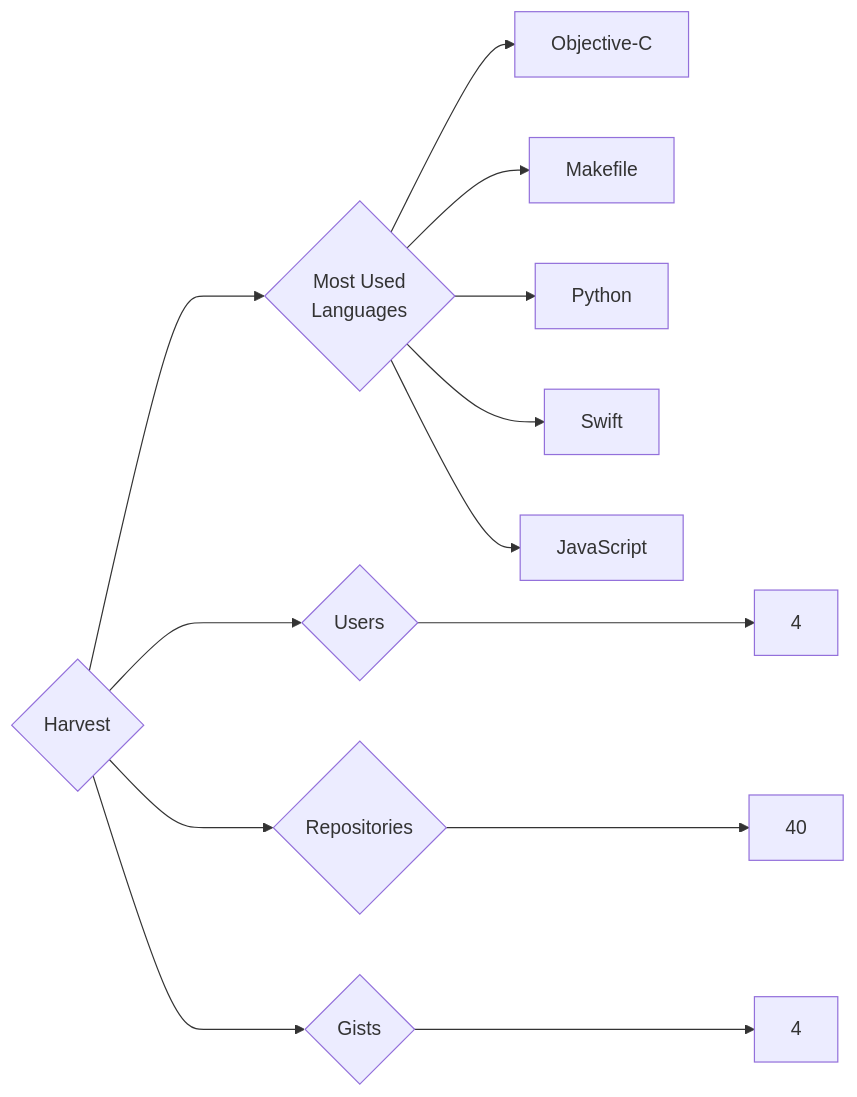
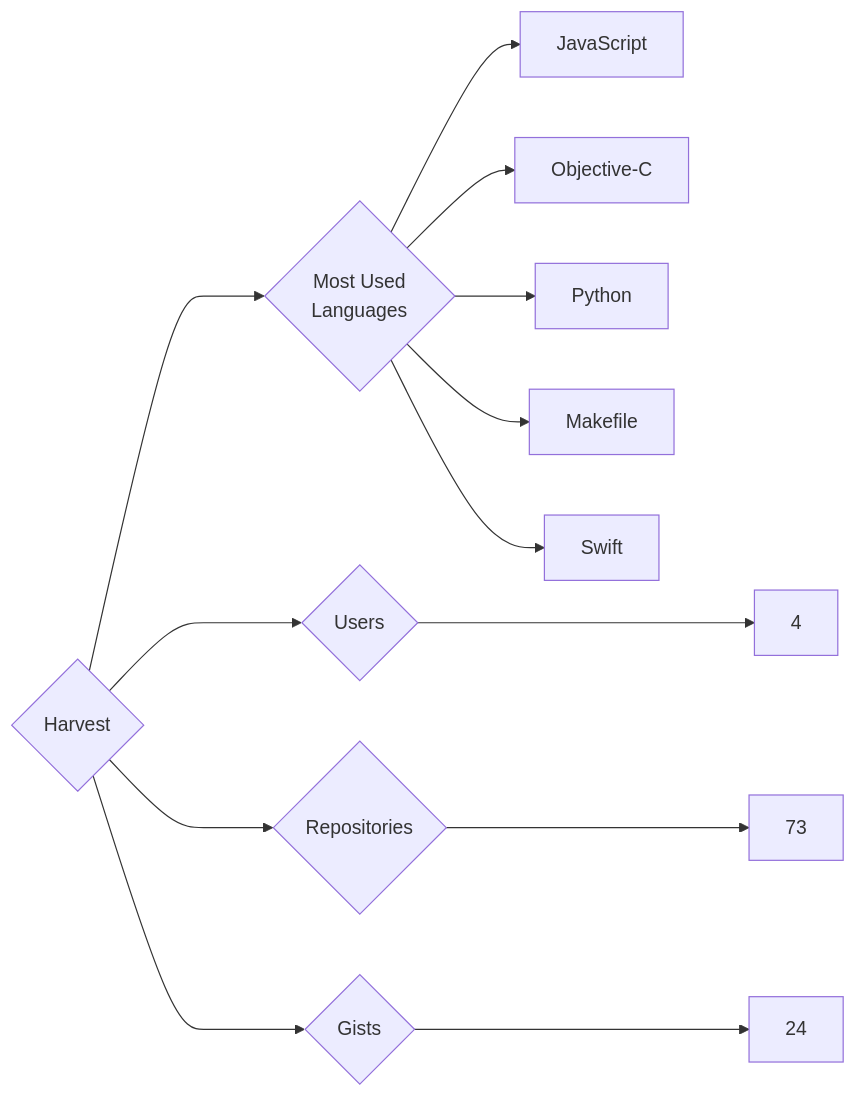
Before and after one commit to trickest/insiders: the diagram in targets/Harvest/README.md, drawn with Mermaid. The commit also changed 783 other files, not shown here.

````diff
--- a/targets/Harvest/README.md
+++ b/targets/Harvest/README.md
@@ -3,13 +3,13 @@
 ```mermaid
 graph LR
 COMPANY_NAME{Harvest}
 COMPANY_NAME ---> U{Users} ---> UN[4]
-COMPANY_NAME ---> R{Repositories} ---> RN[40]
-COMPANY_NAME ---> G{Gists} ---> GN[4]
+COMPANY_NAME ---> R{Repositories} ---> RN[73]
+COMPANY_NAME ---> G{Gists} ---> GN[24]
 COMPANY_NAME ---> ML{Most Used<br>Languages}
+ML --> JavaScript[JavaScript]
 ML --> Objective-C[Objective-C]
+ML --> Python[Python]
 ML --> Makefile[Makefile]
-ML --> Python[Python]
 ML --> Swift[Swift]
-ML --> JavaScript[JavaScript]
 ```
````
